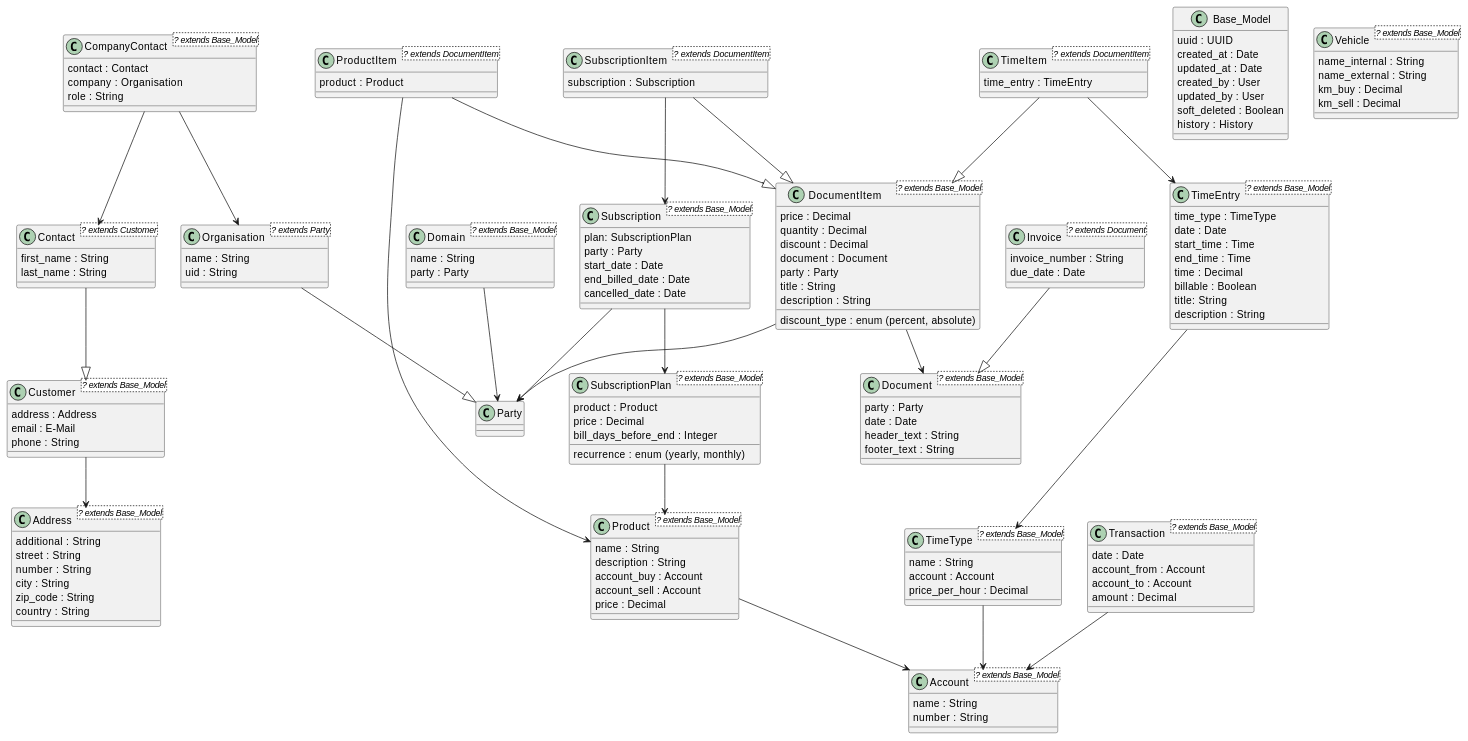
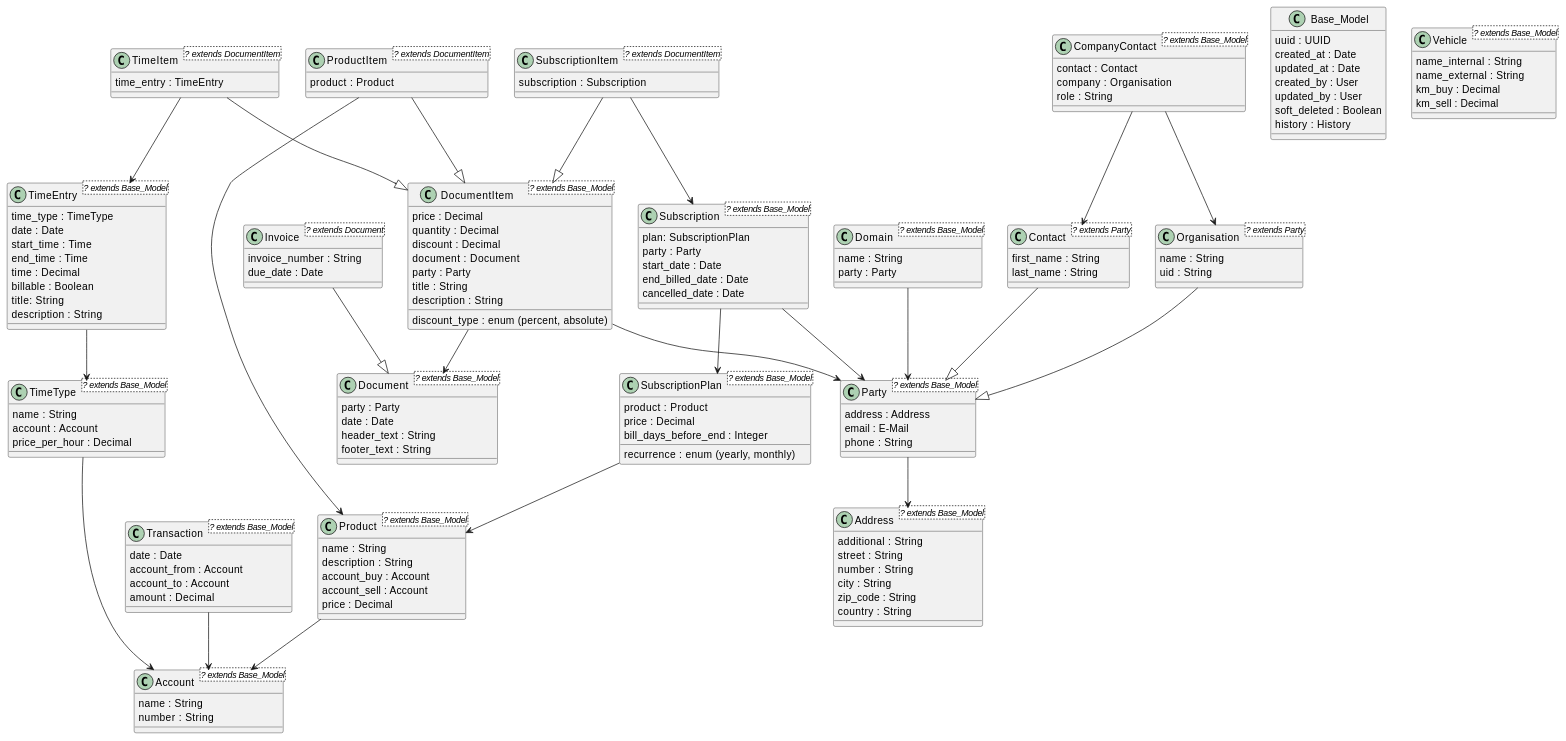
The diagram in docs/class_diagram_new.md (Buffet-IT-Services/CycleInvoice), drawn with PlantUML before and after one commit. The commit also changed 1 other file, not shown here.

Commit message:
docs(Class Diagram): updated new class diagram

```diff
--- a/docs/class_diagram_new.md
+++ b/docs/class_diagram_new.md
@@ -17,18 +17,18 @@
 CompanyContact --> Contact
 CompanyContact --> Organisation
 
-class Contact <? extends Customer> {
+class Contact <? extends Party> {
 first_name : String
 last_name : String
 }
-Contact --|> Customer
+Contact --|> Party
 
-class Customer <? extends Base_Model> {
+class Party <? extends Base_Model> {
 address : Address
 email : E-Mail
 phone : String
 }
-Customer --> Address
+Party --> Address
 
 class Base_Model {
 uuid : UUID
```
